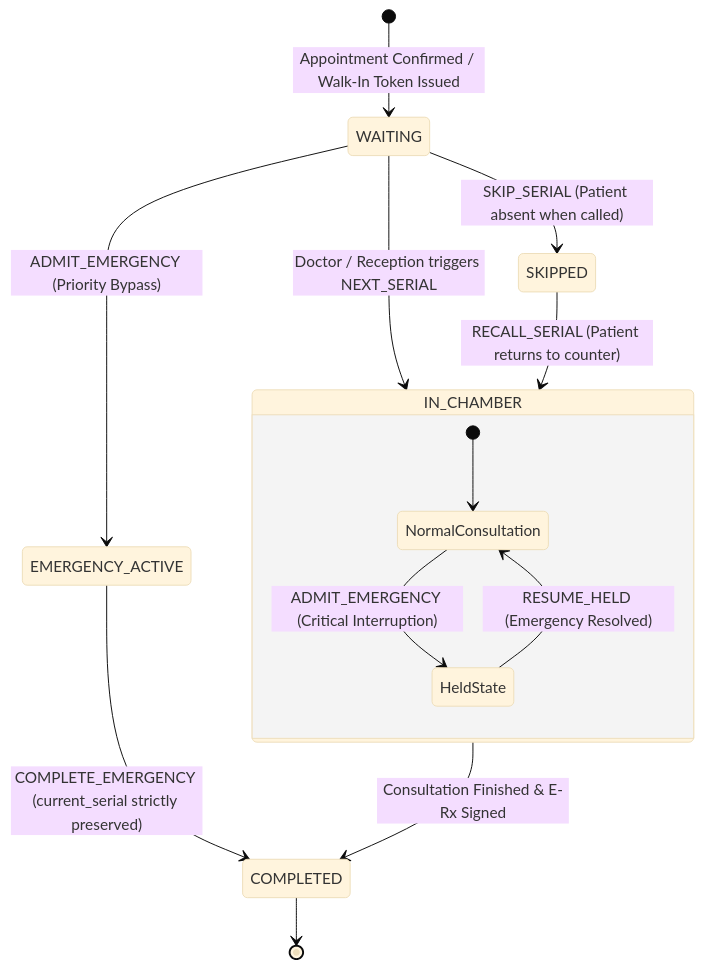
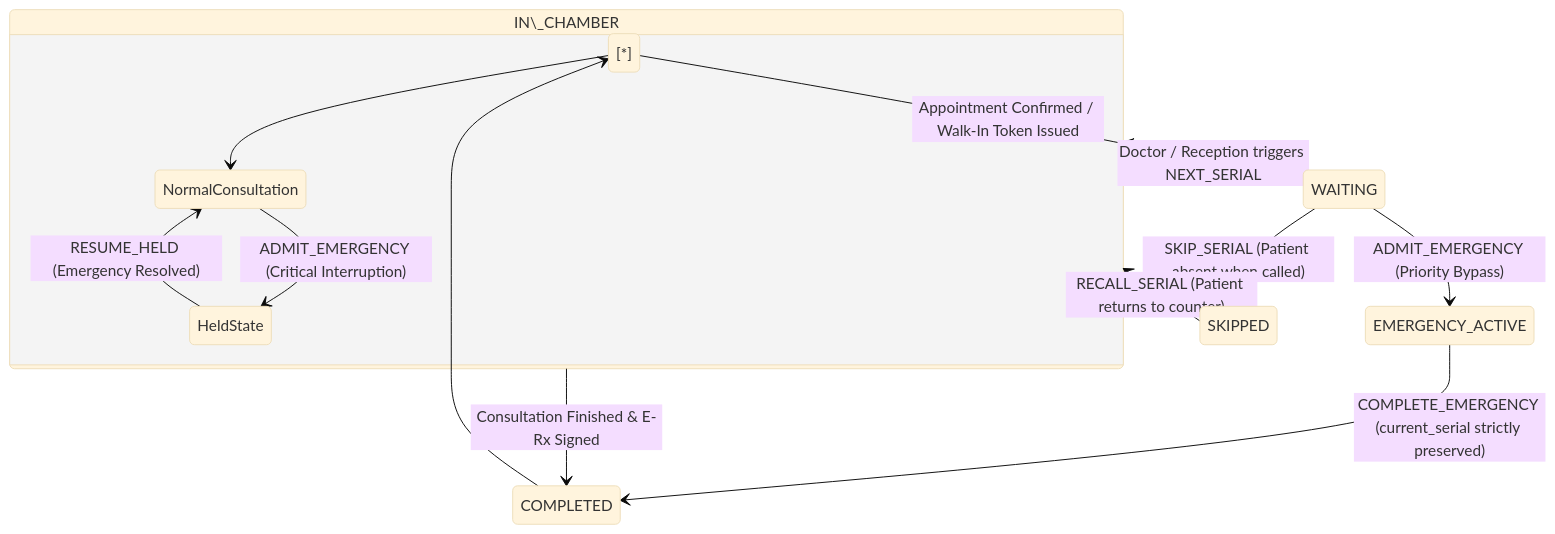
One commit to ashfakurrahman221-ops/Smart-Clinic changed the second of 3 diagrams in README.md. Above: the diagram before and after it, drawn with Mermaid (base theme). The commit also changed other lines of this file, not shown here.

````diff
--- a/README.md
+++ b/README.md
@@ -92,20 +92,20 @@
 ```mermaid
 stateDiagram-v2
-    [*] --> WAITING: Appointment Confirmed / Walk-In Token Issued
+    \[\*] --> WAITING: Appointment Confirmed / Walk-In Token Issued
     
-    state IN_CHAMBER {
-        [*] --> NormalConsultation
-        NormalConsultation --> HeldState: ADMIT_EMERGENCY (Critical Interruption)
-        HeldState --> NormalConsultation: RESUME_HELD (Emergency Resolved)
+    state IN\_CHAMBER {
+        \[\*] --> NormalConsultation
+        NormalConsultation --> HeldState: ADMIT\_EMERGENCY (Critical Interruption)
+        HeldState --> NormalConsultation: RESUME\_HELD (Emergency Resolved)
     }
 
-    WAITING --> IN_CHAMBER: Doctor / Reception triggers NEXT_SERIAL
-    WAITING --> EMERGENCY_ACTIVE: ADMIT_EMERGENCY (Priority Bypass)
-    EMERGENCY_ACTIVE --> COMPLETED: COMPLETE_EMERGENCY (current_serial strictly preserved)
+    WAITING --> IN\_CHAMBER: Doctor / Reception triggers NEXT\_SERIAL
+    WAITING --> EMERGENCY\_ACTIVE: ADMIT\_EMERGENCY (Priority Bypass)
+    EMERGENCY\_ACTIVE --> COMPLETED: COMPLETE\_EMERGENCY (current\_serial strictly preserved)
     
-    IN_CHAMBER --> COMPLETED: Consultation Finished & E-Rx Signed
-    WAITING --> SKIPPED: SKIP_SERIAL (Patient absent when called)
-    SKIPPED --> IN_CHAMBER: RECALL_SERIAL (Patient returns to counter)
+    IN\_CHAMBER --> COMPLETED: Consultation Finished \& E-Rx Signed
+    WAITING --> SKIPPED: SKIP\_SERIAL (Patient absent when called)
+    SKIPPED --> IN\_CHAMBER: RECALL\_SERIAL (Patient returns to counter)
     
-    COMPLETED --> [*]
+    COMPLETED --> \[\*]
 ```
````
